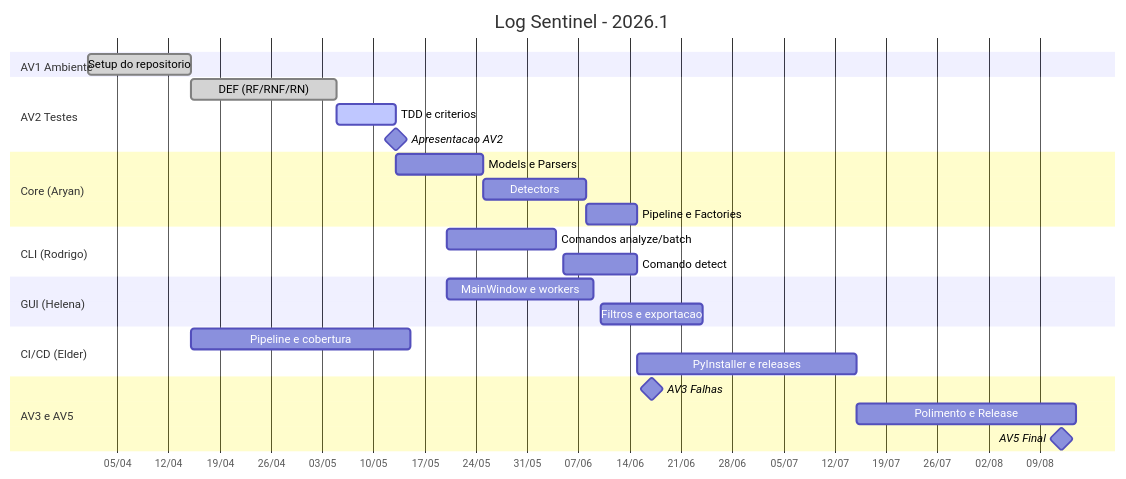
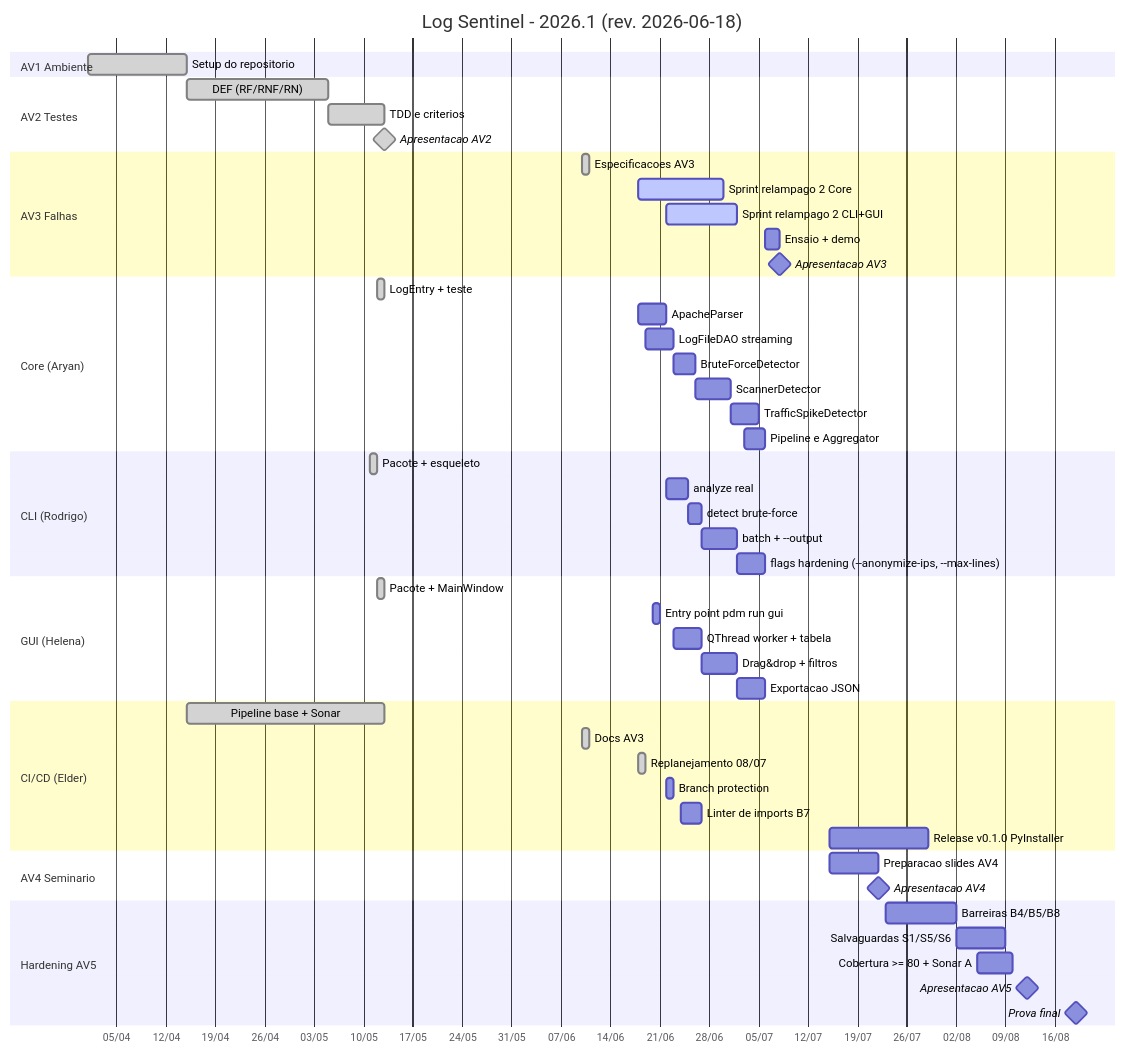
Before and after one commit to 202316360036/log-sentinel: the diagram in docs/GANTT.md, drawn with Mermaid. The commit also changed other lines of this file and 14 other files, not shown here.

First line of the commit message:
docs(av3): replaneja sprint relampago 2 apos adiamento para 08/07

````diff
--- a/docs/GANTT.md
+++ b/docs/GANTT.md
@@ -5,36 +13,63 @@
 ```mermaid
 gantt
-    title Log Sentinel - 2026.1
+    title Log Sentinel - 2026.1 (rev. 2026-06-18)
     dateFormat YYYY-MM-DD
     axisFormat %d/%m
 
     section AV1 Ambiente
     Setup do repositorio     :done, 2026-04-01, 2026-04-15
 
     section AV2 Testes
     DEF (RF/RNF/RN)          :done, 2026-04-15, 2026-05-05
-    TDD e criterios          :active, 2026-05-05, 2026-05-13
-    Apresentacao AV2         :milestone, 2026-05-13, 0d
+    TDD e criterios          :done, 2026-05-05, 2026-05-13
+    Apresentacao AV2         :milestone, done, 2026-05-13, 0d
+
+    section AV3 Falhas
+    Especificacoes AV3       :done, 2026-06-10, 1d
+    Sprint relampago 2 Core  :active, 2026-06-18, 12d
+    Sprint relampago 2 CLI+GUI :active, 2026-06-22, 10d
+    Ensaio + demo            :2026-07-06, 2d
+    Apresentacao AV3         :milestone, 2026-07-08, 0d
 
     section Core (Aryan)
-    Models e Parsers         :2026-05-13, 12d
-    Detectors                :2026-05-25, 14d
-    Pipeline e Factories     :2026-06-08, 7d
+    LogEntry + teste         :done, 2026-05-12, 1d
+    ApacheParser             :2026-06-18, 4d
+    LogFileDAO streaming     :2026-06-19, 4d
+    BruteForceDetector       :2026-06-23, 3d
+    ScannerDetector          :2026-06-26, 5d
+    TrafficSpikeDetector     :2026-07-01, 4d
+    Pipeline e Aggregator    :2026-07-03, 3d
 
     section CLI (Rodrigo)
-    Comandos analyze/batch   :2026-05-20, 15d
-    Comando detect           :2026-06-05, 10d
+    Pacote + esqueleto       :done, 2026-05-11, 1d
+    analyze real             :2026-06-22, 3d
+    detect brute-force       :2026-06-25, 2d
+    batch + --output         :2026-06-27, 5d
+    flags hardening (--anonymize-ips, --max-lines) :2026-07-02, 4d
 
     section GUI (Helena)
-    MainWindow e workers     :2026-05-20, 20d
-    Filtros e exportacao     :2026-06-10, 14d
+    Pacote + MainWindow      :done, 2026-05-12, 1d
+    Entry point pdm run gui  :2026-06-20, 1d
+    QThread worker + tabela  :2026-06-23, 4d
+    Drag&drop + filtros      :2026-06-27, 5d
+    Exportacao JSON          :2026-07-02, 4d
 
     section CI/CD (Elder)
-    Pipeline e cobertura     :2026-04-15, 30d
-    PyInstaller e releases   :2026-06-15, 30d
+    Pipeline base + Sonar    :done, 2026-04-15, 28d
+    Docs AV3                 :done, 2026-06-10, 1d
+    Replanejamento 08/07     :done, 2026-06-18, 1d
+    Branch protection        :2026-06-22, 1d
+    Linter de imports B7     :2026-06-24, 3d
+    Release v0.1.0 PyInstaller :2026-07-15, 14d
 
-    section AV3 e AV5
-    AV3 Falhas               :milestone, 2026-06-17, 0d
-    Polimento e Release      :2026-07-15, 30d
-    AV5 Final                :milestone, 2026-08-12, 0d
+    section AV4 Seminario
+    Preparacao slides AV4    :2026-07-15, 7d
+    Apresentacao AV4         :milestone, 2026-07-22, 0d
+
+    section Hardening AV5
+    Barreiras B4/B5/B8       :2026-07-23, 10d
+    Salvaguardas S1/S5/S6    :2026-08-02, 7d
+    Cobertura >= 80 + Sonar A :2026-08-05, 5d
+    Apresentacao AV5         :milestone, 2026-08-12, 0d
+    Prova final              :milestone, 2026-08-19, 0d
 ```
````
